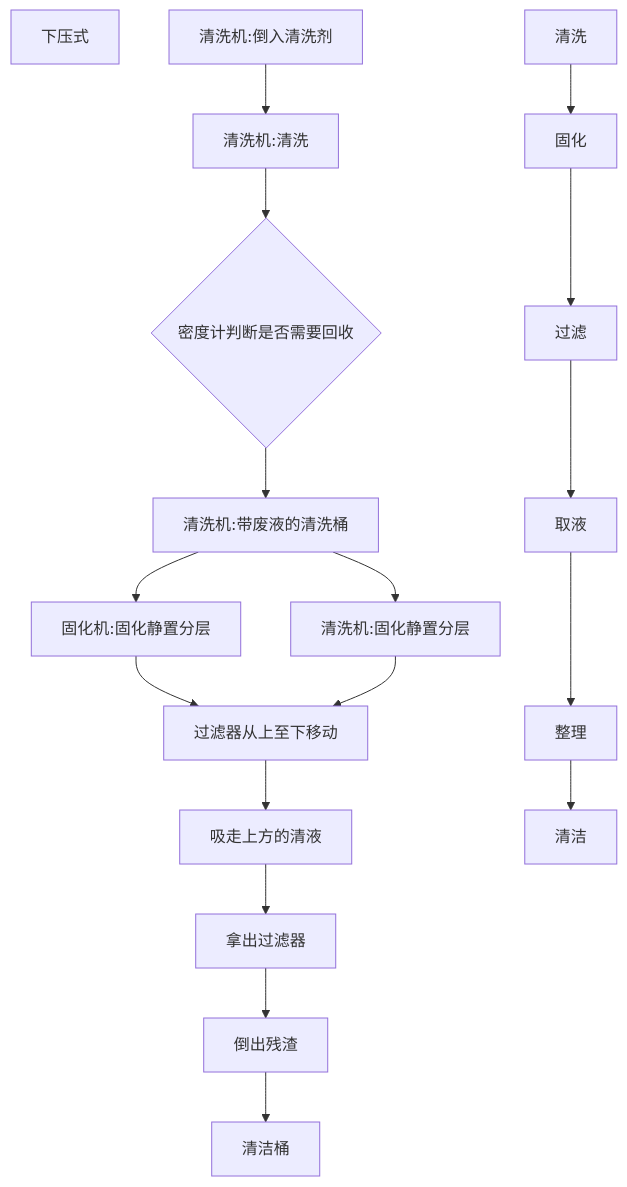
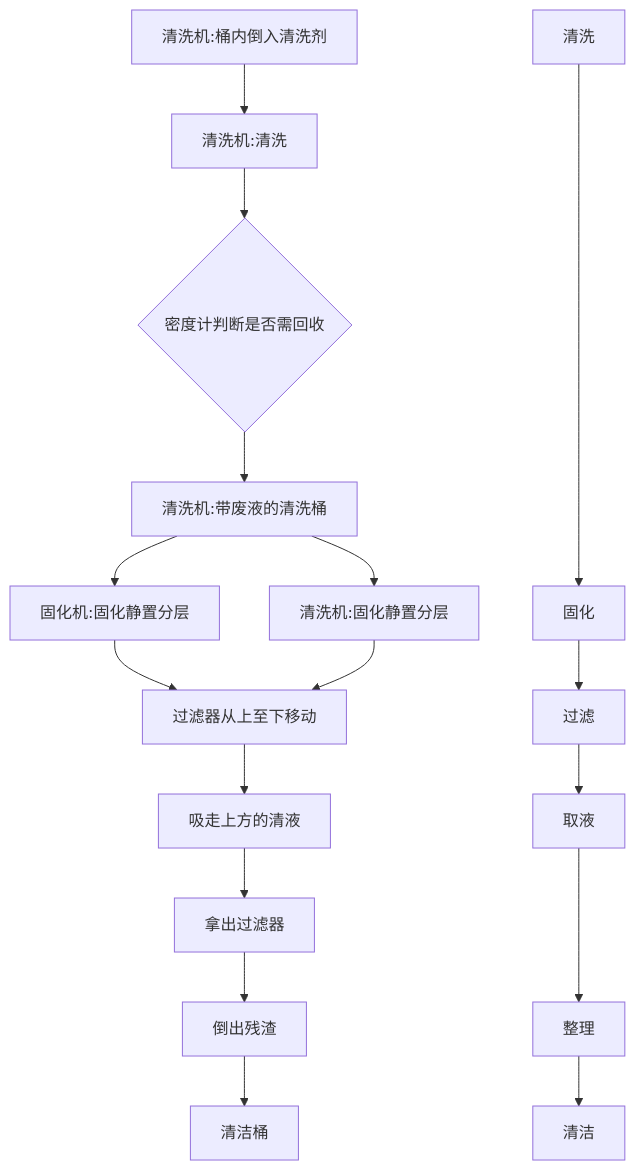
The first of 3 diagrams in 清洗及紫外固化业务流程.md (georglein123/Notiz), drawn with Mermaid before and after one commit. The commit also changed other lines of this file and 120 other files, not shown here.

````diff
--- a/清洗及紫外固化业务流程.md
+++ b/清洗及紫外固化业务流程.md
@@ -5,9 +5,8 @@
 ```mermaid
 graph TD;
-	下压式;
-	清洗机:倒入清洗剂-->清洗机:清洗-->A{密度计判断是否需要回收}-->清洗机:带废液的清洗桶-->固化机:固化静置分层-->过滤器从上至下移动-->吸走上方的清液-->拿出过滤器-->倒出残渣-->清洁桶;
+	清洗机:桶内倒入清洗剂-->清洗机:清洗-->A{密度计判断是否需回收}-->清洗机:带废液的清洗桶-->固化机:固化静置分层-->过滤器从上至下移动-->吸走上方的清液-->拿出过滤器-->倒出残渣-->清洁桶;
 	清洗机:带废液的清洗桶-->清洗机:固化静置分层-->过滤器从上至下移动;
 	
-	清洗-->固化-->过滤-->取液--->整理-->清洁
+	清洗----->固化-->过滤-->取液--->整理-->清洁
 	
 ```
````
